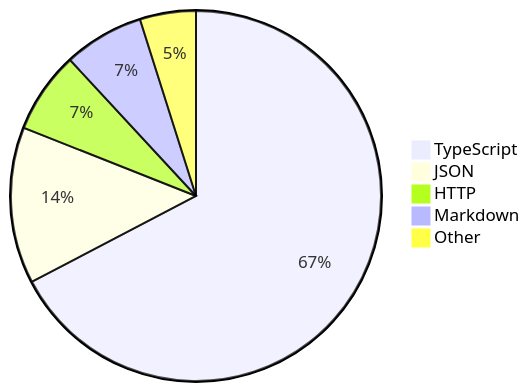
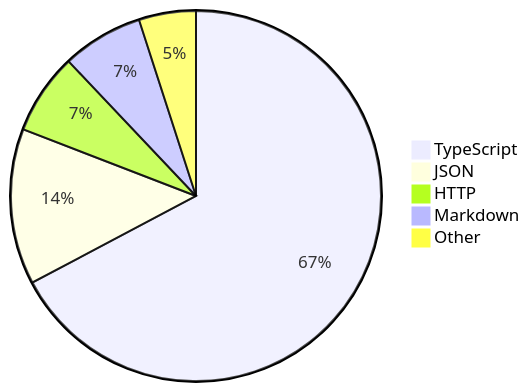
One commit to skvggor/skvggor changed the diagram in README.md. Above: the diagram before and after it, drawn with Mermaid.

Commit message:
Updated waka-readme graph with new metrics

````diff
--- a/README.md
+++ b/README.md
@@ -16,8 +16,8 @@
 ```mermaid
 pie
-    "TypeScript" : 60.6
+    "TypeScript" : 60.8
     "JSON" : 12.3
     "HTTP" : 6.4
-    "Markdown" : 6.3
-    "Other" : 4.4
+    "Markdown" : 6.4
+    "Other" : 4.5
 ```
````
